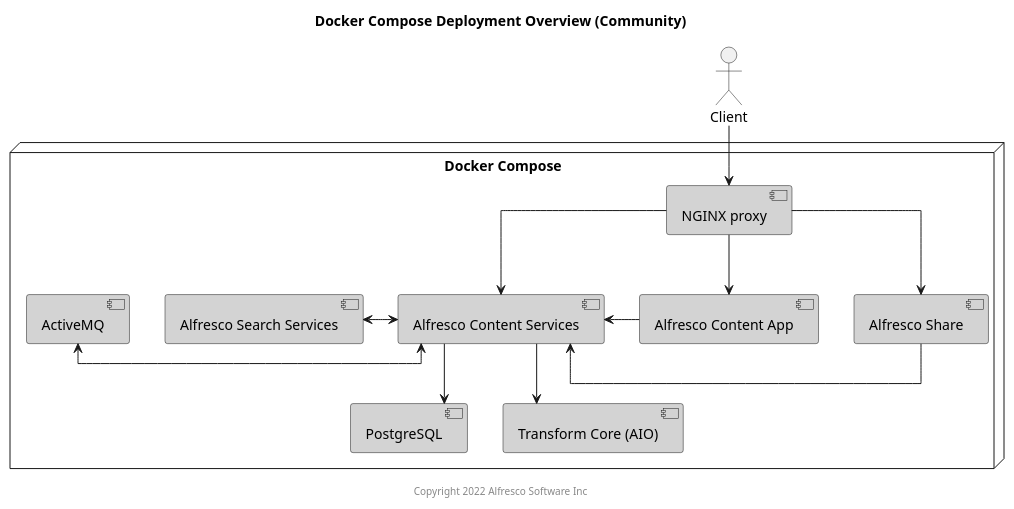
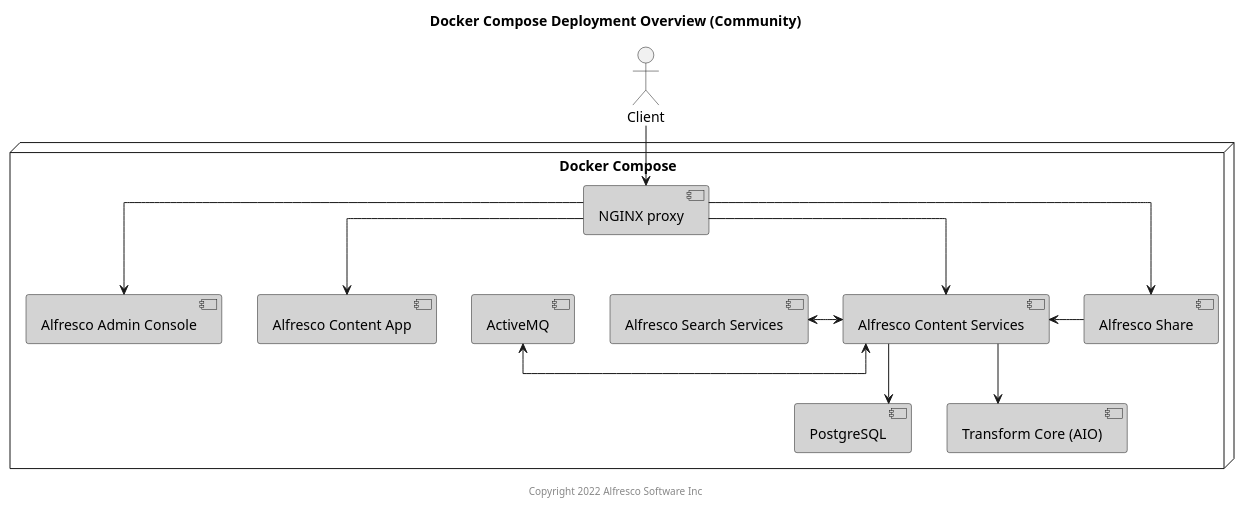
Before and after one commit to Alfresco/acs-deployment: the diagram in docs/docker-compose/diagrams/docker-compose-community.puml, drawn with PlantUML. The commit also changed 4 other files, not shown here.

Commit message:
OPSEXP-1932 Update architecture image with Admin Console (#878)

```diff
--- a/docs/docker-compose/diagrams/docker-compose-community.puml
+++ b/docs/docker-compose/diagrams/docker-compose-community.puml
@@ -1,41 +1,42 @@
 @startuml
 
 Title: Docker Compose Deployment Overview (Community)
 
 skinparam componentStyle uml2
 skinparam linetype ortho
 skinparam rectangle {
     BorderStyle dashed
     FontSize 15
     FontStyle none
 }
 
 actor Client
 
 node "Docker Compose" {
     component "NGINX proxy" as proxy #lightgrey
     component "Alfresco Content Services" as acs #lightgrey
+    component "Alfresco Admin Console" as aac #lightgrey
     component "Alfresco Search Services" as ass #lightgrey
     component "PostgreSQL" as psql #lightgrey
     component "Alfresco Share" as share #lightgrey
     component "ActiveMQ" as amq #lightgrey
     component "Transform Core (AIO)" as tcore #lightgrey
     component "Alfresco Content App" as aca #lightgrey
 }
 
 Client --> proxy
 
-proxy --> acs
+proxy --> aac
 proxy --> share
 proxy --> aca
+proxy --> acs
 
 acs <-left-> ass
 acs --> psql
 acs --> tcore
 acs <-left-> amq
 share -left-> acs
-aca -left-> acs
 
 center footer Copyright 2022 Alfresco Software Inc
 
 @enduml
```
